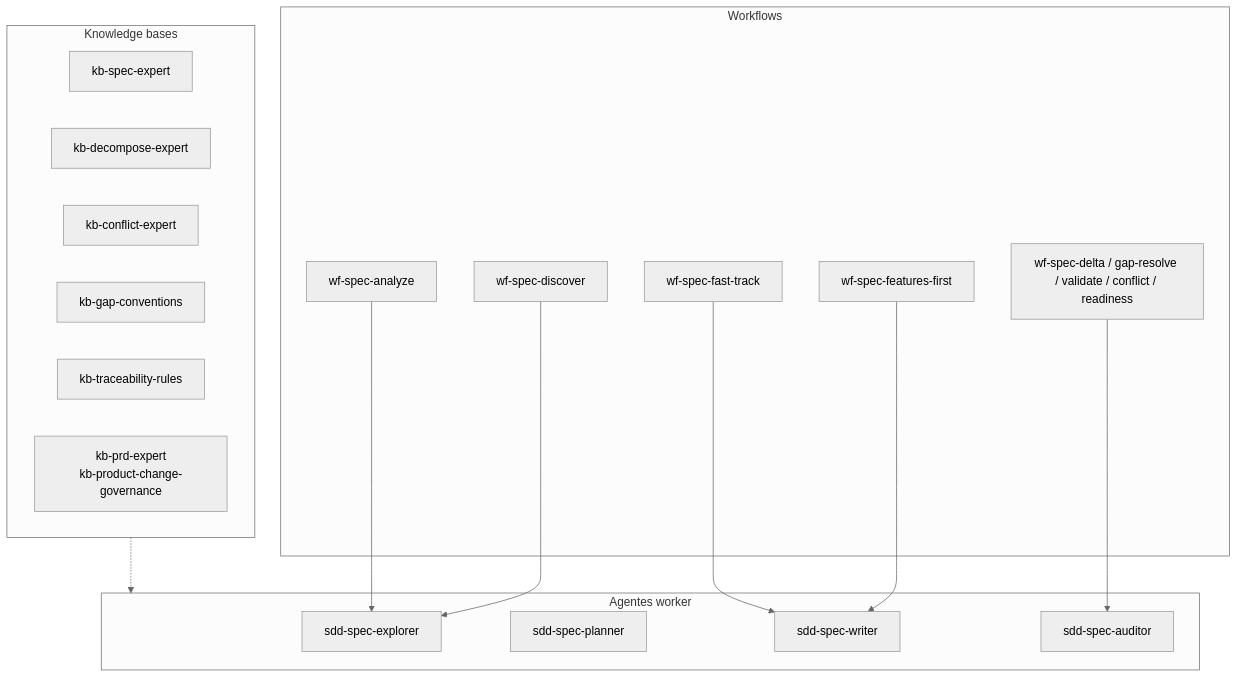
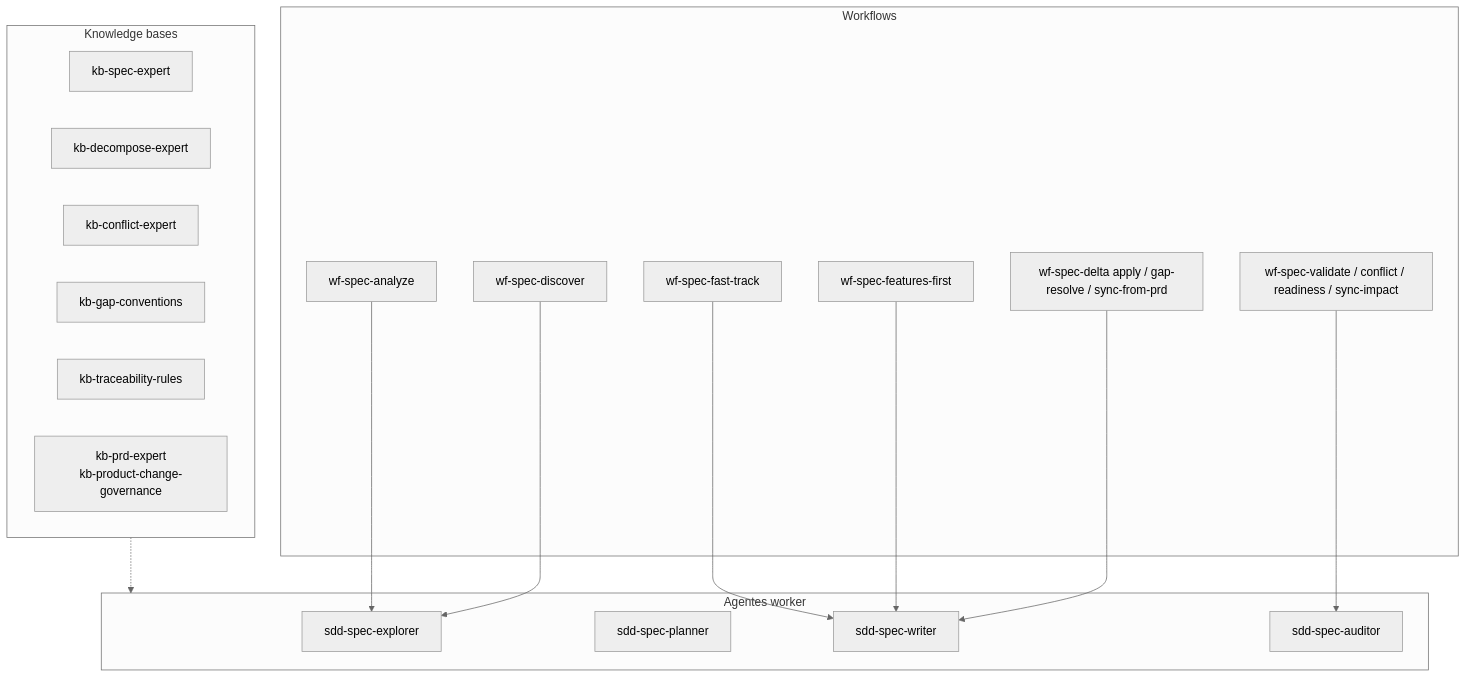
Before and after one commit to OspofeDeveloper/ai-dev-agents-lab: the second of 4 diagrams in sdd/spec/DIAGRAMS.md, drawn with Mermaid (neutral theme). The commit also changed 15 other files, not shown here.

````diff
--- a/sdd/spec/DIAGRAMS.md
+++ b/sdd/spec/DIAGRAMS.md
@@ -44,33 +44,35 @@
 ```mermaid
 flowchart TB
     subgraph L1["Workflows"]
         W1["wf-spec-analyze"]
         W2["wf-spec-discover"]
         W3["wf-spec-fast-track"]
         W4["wf-spec-features-first"]
-        W5["wf-spec-delta / gap-resolve / validate / conflict / readiness"]
+        W5["wf-spec-delta apply / gap-resolve / sync-from-prd"]
+        W6["wf-spec-validate / conflict / readiness / sync-impact"]
     end
 
     subgraph L2["Agentes worker"]
         A1["sdd-spec-explorer"]
         A2["sdd-spec-planner"]
         A3["sdd-spec-writer"]
         A4["sdd-spec-auditor"]
     end
 
     subgraph L3["Knowledge bases"]
         K1["kb-spec-expert"]
         K2["kb-decompose-expert"]
         K3["kb-conflict-expert"]
         K4["kb-gap-conventions"]
         K5["kb-traceability-rules"]
         K6["kb-prd-expert<br/>kb-product-change-governance"]
     end
 
     W1 --> A1
     W2 --> A1
     W3 --> A3
     W4 --> A3
-    W5 --> A4
+    W5 --> A3
+    W6 --> A4
     L3 -.-> L2
 ```
````
